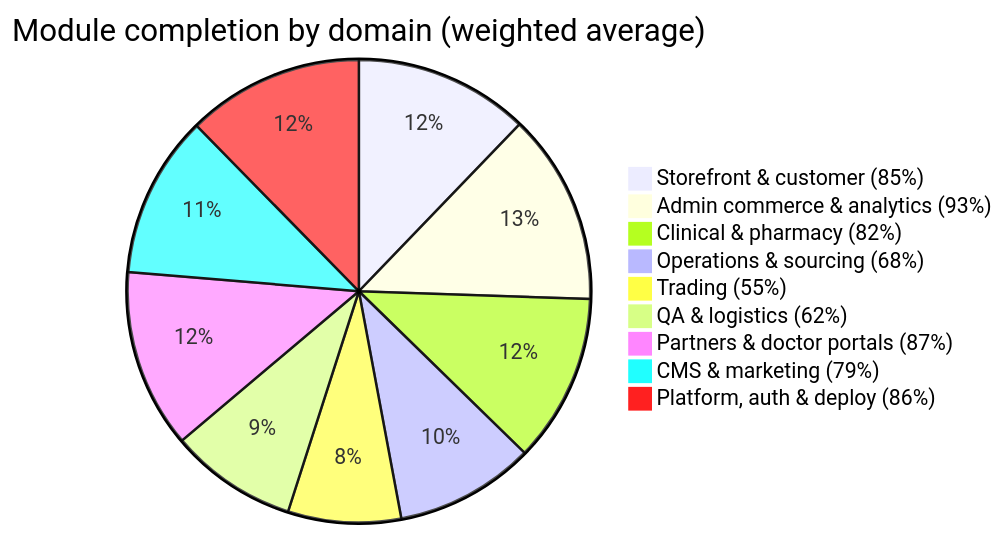
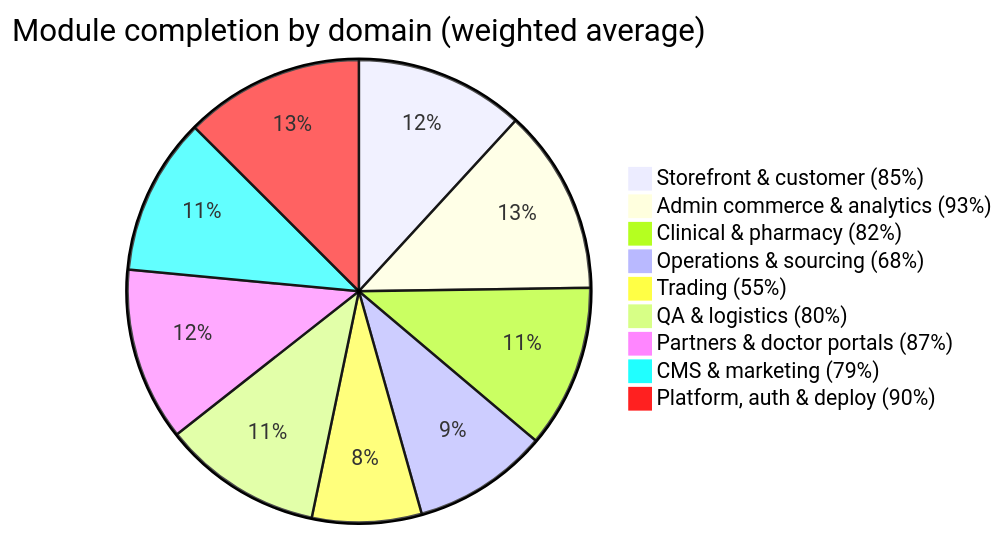
One commit to arjan001/HOSPITAL changed the first of 6 diagrams in docs/PROGRESSIVE_REVIEW_REPORT.md. Above: the diagram before and after it, drawn with Mermaid. The commit also changed other lines of this file and 5 other files, not shown here.

````diff
--- a/docs/PROGRESSIVE_REVIEW_REPORT.md
+++ b/docs/PROGRESSIVE_REVIEW_REPORT.md
@@ -28,12 +28,12 @@
 ```mermaid
 pie title Module completion by domain (weighted average)
     "Storefront & customer (85%)" : 85
     "Admin commerce & analytics (93%)" : 93
     "Clinical & pharmacy (82%)" : 82
     "Operations & sourcing (68%)" : 68
     "Trading (55%)" : 55
-    "QA & logistics (62%)" : 62
+    "QA & logistics (80%)" : 80
     "Partners & doctor portals (87%)" : 87
     "CMS & marketing (79%)" : 79
-    "Platform, auth & deploy (86%)" : 86
+    "Platform, auth & deploy (90%)" : 90
 ```
````
